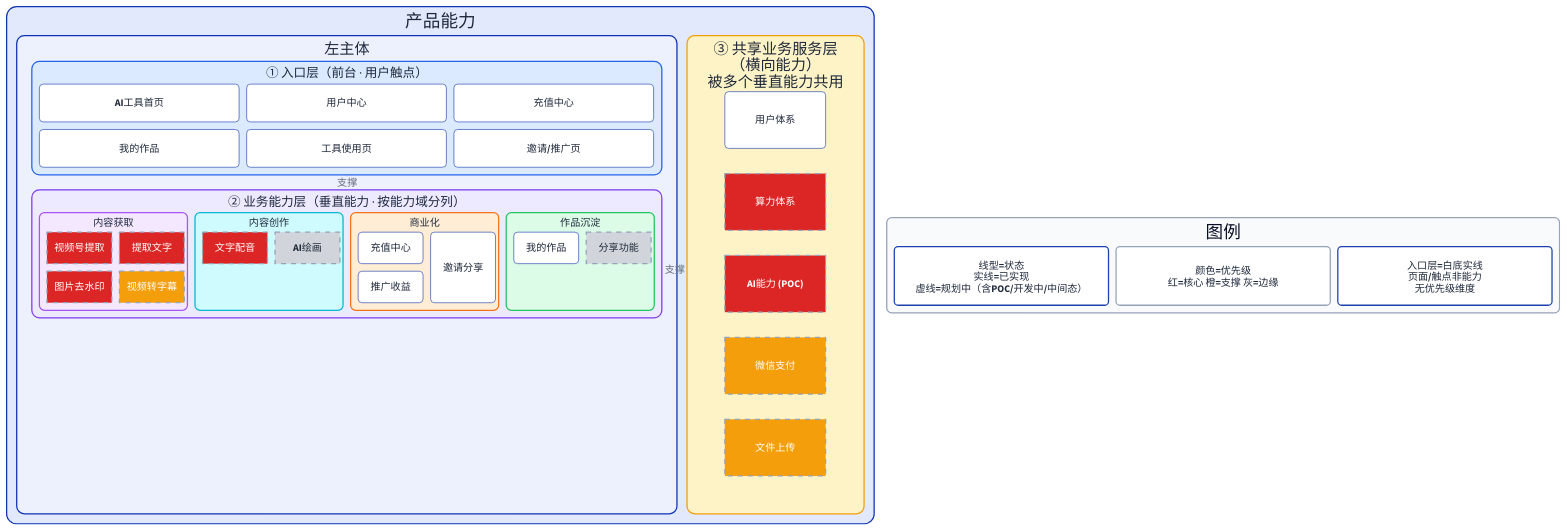
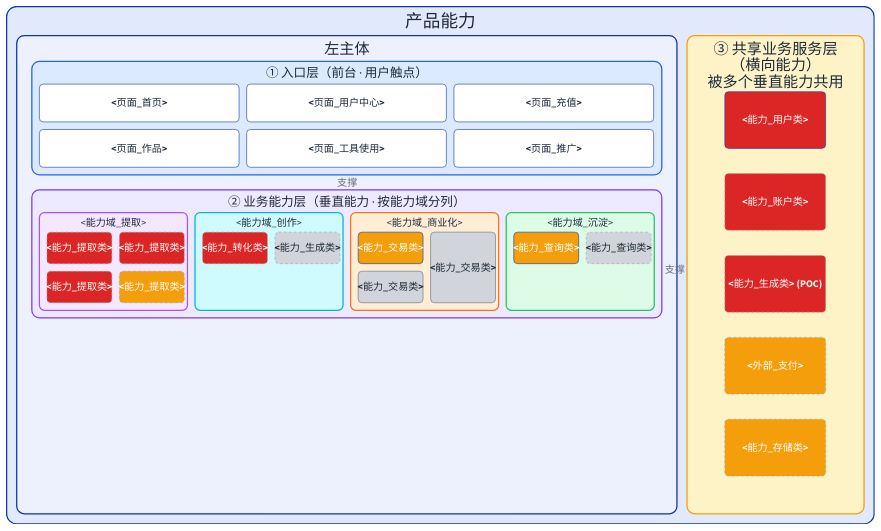
The diagram in skills/doc-arch-rules/references/templates/L1/PRODUCT.template.md (syllr/skills), drawn with D2 before and after one commit. The commit also changed other lines of this file and 11 other files, not shown here.

```diff
--- a/skills/doc-arch-rules/references/templates/L1/PRODUCT.template.md
+++ b/skills/doc-arch-rules/references/templates/L1/PRODUCT.template.md
@@ -119,8 +84,8 @@
 # 反映的问题: 产品有哪些能力、能力在哪层、做到哪一步、先做哪个
 # 边界: 产品层不画技术底座（数据存储/消息/网络/缓存归 TECHNOLOGY-ARCHITECTURE）
 # 说明: 节点 id（h1/c1/s1 等）仅技术标识，与功能名无关；c7 缺失为历史遗留编号
-# 校验: 能力节点数（业务能力层+共享业务服务层，不含入口层与图例）== §2.2 表行数，一能力一行；一能力多 Action 在对应 Action 单元格内顿号并列
-# 编码: 线型=状态、颜色=优先级热力（编码规则见 §2 三通道表）、入口层白底无热力
+# 校验: 能力节点数（业务能力层+共享业务服务层，不含入口层）== §2.2 表行数，一能力一行；一能力多 Action 在对应 Action 单元格内顿号并列
+# 编码: 见本 rule 画图规范（线型=状态/颜色=优先级）
 
 vars: {
   d2-config: {
@@ -144,36 +109,36 @@
       # 入口层 · 仅示意触点，非能力，无状态与热力维度，白底实线
       label: "① 入口层（前台 · 用户触点）"
       width: 1000; grid-columns: 3; grid-gap: 12; style.fill: "#dbeafe"; style.font-color: "#1e293b"; style.stroke: "#2563eb"; style.border-radius: 12
-      h1: { label: "AI工具首页"; width: 317; height: 60; class: module }
-      h2: { label: "我的作品"; width: 317; height: 60; class: module }
-      h3: { label: "用户中心"; width: 317; height: 60; class: module }
-      h4: { label: "工具使用页"; width: 317; height: 60; class: module }
-      h5: { label: "充值中心"; width: 317; height: 60; class: module }
-      h6: { label: "邀请/推广页"; width: 317; height: 60; class: module }
+      h1: { label: "<页面_首页>"; width: 317; height: 60; class: module }
+      h2: { label: "<页面_作品>"; width: 317; height: 60; class: module }
+      h3: { label: "<页面_用户中心>"; width: 317; height: 60; class: module }
+      h4: { label: "<页面_工具使用>"; width: 317; height: 60; class: module }
+      h5: { label: "<页面_充值>"; width: 317; height: 60; class: module }
+      h6: { label: "<页面_推广>"; width: 317; height: 60; class: module }
     }
 
     业务能力层: {
       # 业务能力层 · 垂直能力按能力域分列，线型=状态/颜色=优先级
       label: "② 业务能力层（垂直能力 · 按能力域分列）"
       width: 1000; grid-columns: 4; grid-gap: 12; style.fill: "#ede9fe"; style.font-color: "#1e293b"; style.stroke: "#7c3aed"; style.border-radius: 12
-      内容获取: { label: "内容获取"; width: 235; grid-columns: 2; grid-gap: 12; style.fill: "#f3e8ff"; style.font-color: "#1e293b"; style.stroke: "#a855f7"; style.border-radius: 8
-        c1: { label: "视频号提取"; width: 103; height: 50; class: [core; planned] }
-        c2: { label: "图片去水印"; width: 103; height: 50; class: [core; planned] }
-        c3: { label: "提取文字"; width: 103; height: 50; class: [core; planned] }
-        c4: { label: "视频转字幕"; width: 103; height: 50; class: [support; planned] }
+      内容获取: { label: "<能力域_提取>"; width: 235; grid-columns: 2; grid-gap: 12; style.fill: "#f3e8ff"; style.font-color: "#1e293b"; style.stroke: "#a855f7"; style.border-radius: 8
+        c1: { label: "<能力_提取类>"; width: 103; height: 50; class: [module; core; planned] }
+        c2: { label: "<能力_提取类>"; width: 103; height: 50; class: [module; core; planned] }
+        c3: { label: "<能力_提取类>"; width: 103; height: 50; class: [module; core; planned] }
+        c4: { label: "<能力_提取类>"; width: 103; height: 50; class: [module; support; planned] }
       }
-      内容创作: { label: "内容创作"; width: 235; grid-columns: 2; grid-gap: 12; style.fill: "#cffafe"; style.font-color: "#1e293b"; style.stroke: "#06b6d4"; style.border-radius: 8
-        c5: { label: "文字配音"; width: 103; height: 50; class: [core; planned] }
-        c6: { label: "AI绘画"; width: 103; height: 50; class: [edge; planned] }
+      内容创作: { label: "<能力域_创作>"; width: 235; grid-columns: 2; grid-gap: 12; style.fill: "#cffafe"; style.font-color: "#1e293b"; style.stroke: "#06b6d4"; style.border-radius: 8
+        c5: { label: "<能力_转化类>"; width: 103; height: 50; class: [module; core; planned] }
+        c6: { label: "<能力_生成类>"; width: 103; height: 50; class: [module; edge; planned] }
       }
-      商业化: { label: "商业化"; width: 235; grid-columns: 2; grid-gap: 12; style.fill: "#ffedd5"; style.font-color: "#1e293b"; style.stroke: "#f97316"; style.border-radius: 8
-        c8: { label: "充值中心"; width: 103; height: 50; class: [support; module] }
-        c9: { label: "推广收益"; width: 103; height: 50; class: [edge; module] }
-        c10: { label: "邀请分享"; width: 103; height: 50; class: [edge; module] }
+      商业化: { label: "<能力域_商业化>"; width: 235; grid-columns: 2; grid-gap: 12; style.fill: "#ffedd5"; style.font-color: "#1e293b"; style.stroke: "#f97316"; style.border-radius: 8
+        c8: { label: "<能力_交易类>"; width: 103; height: 50; class: [module; support] }
+        c9: { label: "<能力_交易类>"; width: 103; height: 50; class: [module; edge] }
+        c10: { label: "<能力_交易类>"; width: 103; height: 50; class: [module; edge] }
       }
-      作品沉淀: { label: "作品沉淀"; width: 235; grid-columns: 2; grid-gap: 12; style.fill: "#dcfce7"; style.font-color: "#1e293b"; style.stroke: "#22c55e"; style.border-radius: 8
-        c11: { label: "我的作品"; width: 103; height: 50; class: [support; module] }
-        c12: { label: "分享功能"; width: 103; height: 50; class: [edge; planned] }
+      作品沉淀: { label: "<能力域_沉淀>"; width: 235; grid-columns: 2; grid-gap: 12; style.fill: "#dcfce7"; style.font-color: "#1e293b"; style.stroke: "#22c55e"; style.border-radius: 8
+        c11: { label: "<能力_查询类>"; width: 103; height: 50; class: [module; support] }
+        c12: { label: "<能力_查询类>"; width: 103; height: 50; class: [module; edge; planned] }
       }
     }
   }
@@ -183,25 +148,17 @@
     label: "③ 共享业务服务层\n（横向能力）\n被多个垂直能力共用"
     grid-columns: 1
     style.fill: "#fef3c7"; style.font-color: "#1e293b"; style.stroke: "#f59e0b"; style.border-radius: 12
-    s1: { label: "用户体系"; width: 160; height: 90; class: [core; module] }
-    s2: { label: "算力体系"; width: 160; height: 90; class: [core; planned] }
-    s3: { label: "AI能力 (POC)"; width: 160; height: 90; class: [core; planned] }
-    s4: { label: "微信支付"; width: 160; height: 90; class: [support; planned] }
-    s5: { label: "文件上传"; width: 160; height: 90; class: [support; planned] }
+    s1: { label: "<能力_用户类>"; width: 160; height: 90; class: [module; core] }
+    s2: { label: "<能力_账户类>"; width: 160; height: 90; class: [module; core; planned] }
+    s3: { label: "<能力_生成类> (POC)"; width: 160; height: 90; class: [module; core; planned] }
+    s4: { label: "<外部_支付>"; width: 160; height: 90; class: [module; support; planned] }
+    s5: { label: "<能力_存储类>"; width: 160; height: 90; class: [module; support; planned] }
   }
 }
 
 # 层间支撑关系（上层依赖下层；右侧竖条支撑左侧主体）
 产品能力.共享业务服务层 -> 产品能力.左主体.业务能力层: 支撑 { style.stroke: "#f59e0b" }
 产品能力.左主体.业务能力层 -> 产品能力.左主体.入口层: 支撑 { style.stroke: "#7c3aed" }
-
-# 图例 · 中文注释：线型=状态、颜色=优先级，入口层白底无热力
-图例: {
-  grid-columns: 3; grid-gap: 12; style.fill: "#f8fafc"; style.stroke: "#94a3b8"; style.border-radius: 8
-  线型图例: { label: "线型=状态\n实线=已实现\n虚线=规划中（含POC/开发中/中间态）"; width: 340; style.fill: "#ffffff"; style.stroke: "#1e40af"; style.border-radius: 6; style.font-color: "#1e293b" }
-  颜色图例: { label: "颜色=优先级\n红=核心 橙=支撑 灰=边缘"; width: 340; style.fill: "#ffffff"; style.stroke: "#94a3b8"; style.border-radius: 6; style.font-color: "#1e293b" }
-  入口说明: { label: "入口层=白底实线\n页面/触点非能力\n无优先级维度"; width: 340; style.fill: "#ffffff"; style.stroke: "#1e40af"; style.border-radius: 6; style.font-color: "#1e293b" }
-}
 
 classes: {
   # 样式类 · 中文注释：状态与热力叠加
```
